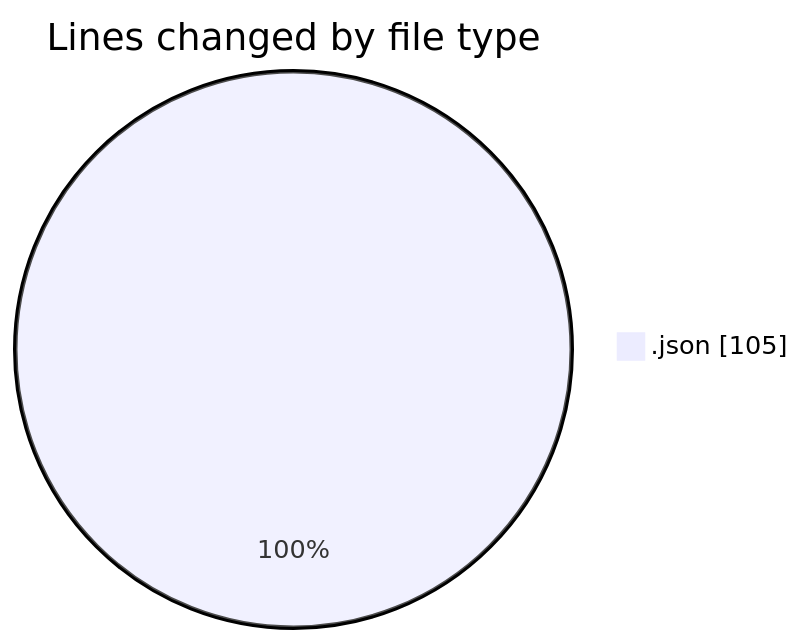
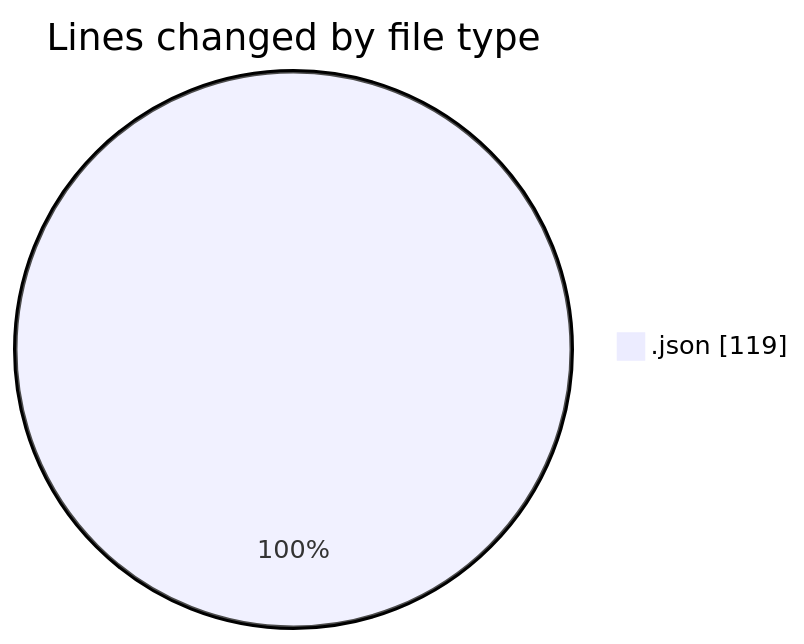
One commit to EIIisD/code-tracking changed the first of 2 diagrams in 2025-08-10/transactions-new/README.md. Above: the diagram before and after it, drawn with Mermaid. The commit also changed other lines of this file and 1 other file, not shown here.

````diff
--- a/2025-08-10/transactions-new/README.md
+++ b/2025-08-10/transactions-new/README.md
@@ -21,5 +21,5 @@
 ```mermaid
 pie showData
 title Lines changed by file type
-".json" : 105
+".json" : 119
 ```
````
